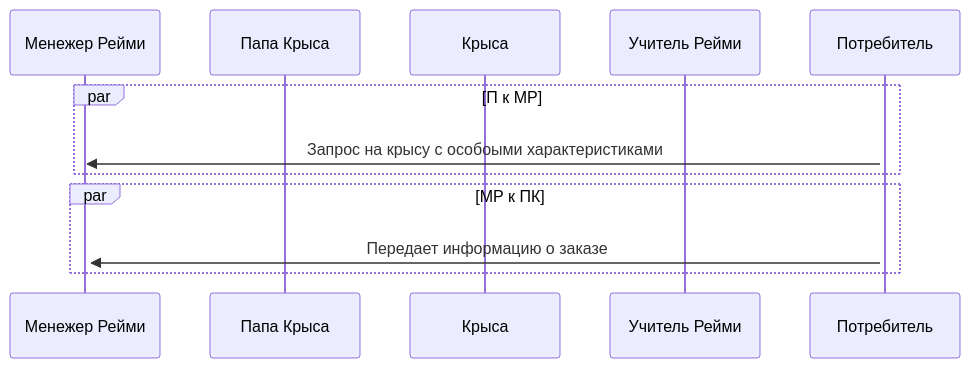
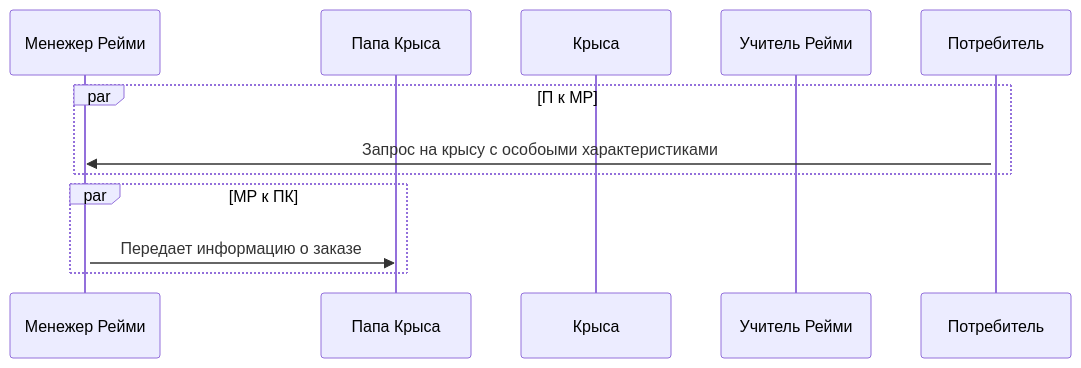
Before and after one commit to VegaMethadone/Software-engineering-: the diagram in README.md, drawn with Mermaid.

````diff
--- a/README.md
+++ b/README.md
@@ -13,19 +13,19 @@
 ```mermaid
 sequenceDiagram
     participant МР as Менежер Рейми
     participant ПК as Папа Крыса
     participant К as Крыса
     participant Р as Учитель Рейми
     participant П as Потребитель
     activate П
     par П к МР
         П->>МР: Запрос на крысу с особоыми характеристиками 
     end
     activate МР
     par МР к ПК
-        П->>МР:Передает информацию о заказе
+        МР->>ПК:Передает информацию о заказе
     end
     
     
     
 ```
````
